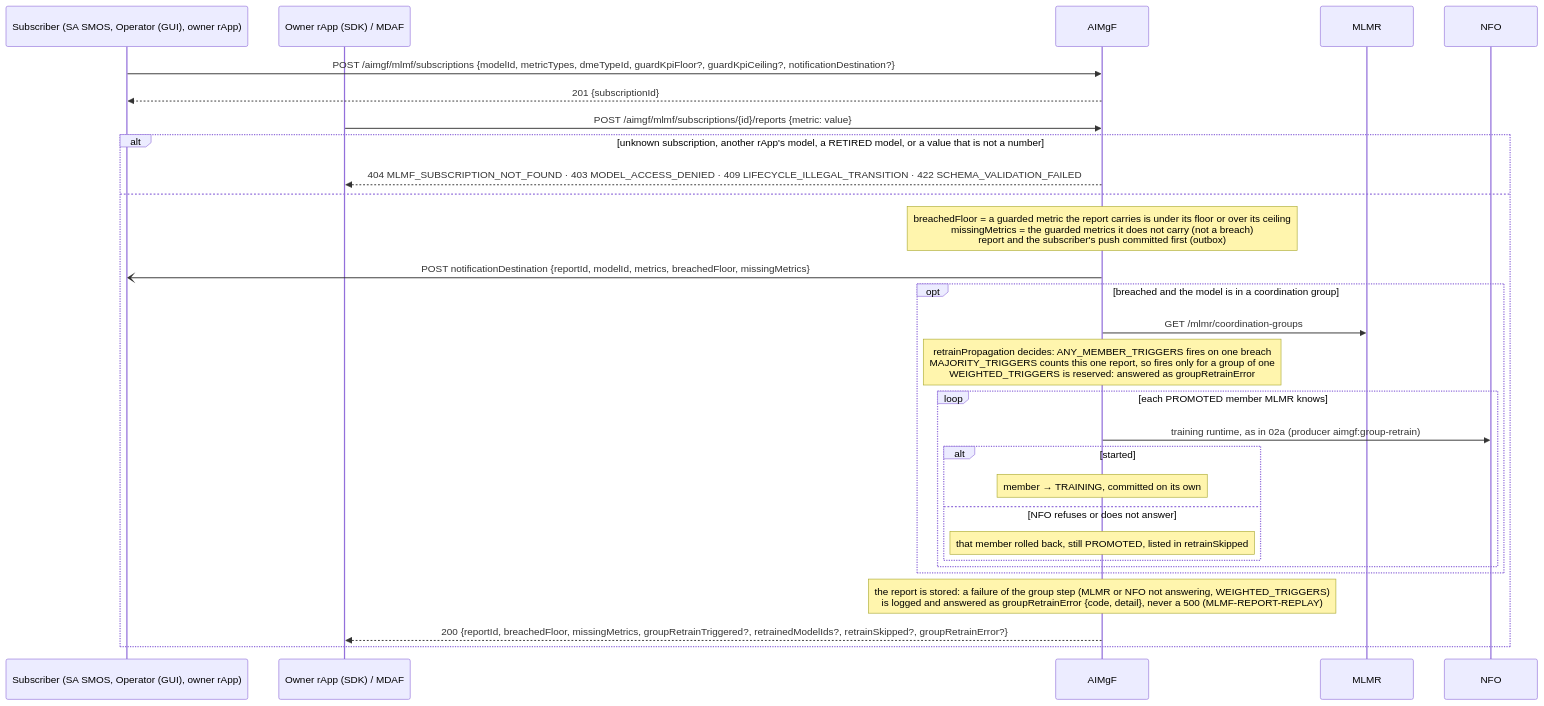
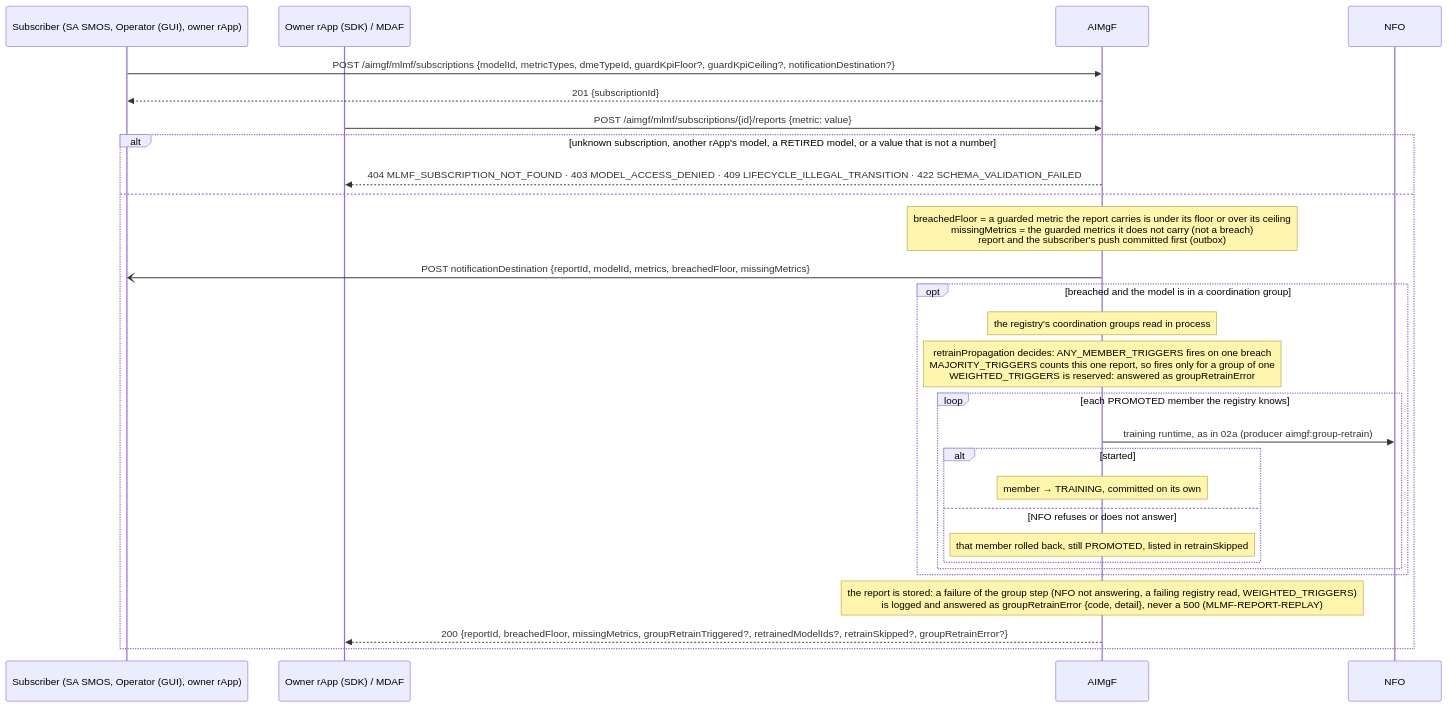
Before and after one commit to rsys-bshankar/ai-ran-smo: the seventh of 7 diagrams in smo/docs/call-flows/02-aiml-model-train-to-inference.md, drawn with Mermaid. The commit also changed other lines of this file and 265 other files, not shown here.

````diff
--- a/smo/docs/call-flows/02-aiml-model-train-to-inference.md
+++ b/smo/docs/call-flows/02-aiml-model-train-to-inference.md
@@ -264,33 +261,32 @@
 ```mermaid
 sequenceDiagram
     participant S as Subscriber (SA SMOS, Operator (GUI), owner rApp)
     participant P as Owner rApp (SDK) / MDAF
     participant AIM as AIMgF
-    participant MLMR as MLMR
     participant NFO as NFO
 
     S->>AIM: POST /aimgf/mlmf/subscriptions {modelId, metricTypes, dmeTypeId, guardKpiFloor?, guardKpiCeiling?, notificationDestination?}
     AIM-->>S: 201 {subscriptionId}
 
     P->>AIM: POST /aimgf/mlmf/subscriptions/{id}/reports {metric: value}
     alt unknown subscription, another rApp's model, a RETIRED model, or a value that is not a number
         AIM-->>P: 404 MLMF_SUBSCRIPTION_NOT_FOUND · 403 MODEL_ACCESS_DENIED · 409 LIFECYCLE_ILLEGAL_TRANSITION · 422 SCHEMA_VALIDATION_FAILED
     else
         Note over AIM: breachedFloor = a guarded metric the report carries is under its floor or over its ceiling<br/>missingMetrics = the guarded metrics it does not carry (not a breach)<br/>report and the subscriber's push committed first (outbox)
         AIM-)S: POST notificationDestination {reportId, modelId, metrics, breachedFloor, missingMetrics}
         opt breached and the model is in a coordination group
-            AIM->>MLMR: GET /mlmr/coordination-groups
+            Note over AIM: the registry's coordination groups read in process
             Note over AIM: retrainPropagation decides: ANY_MEMBER_TRIGGERS fires on one breach<br/>MAJORITY_TRIGGERS counts this one report, so fires only for a group of one<br/>WEIGHTED_TRIGGERS is reserved: answered as groupRetrainError
-            loop each PROMOTED member MLMR knows
+            loop each PROMOTED member the registry knows
                 AIM->>NFO: training runtime, as in 02a (producer aimgf:group-retrain)
                 alt started
                     Note over AIM: member → TRAINING, committed on its own
                 else NFO refuses or does not answer
                     Note over AIM: that member rolled back, still PROMOTED, listed in retrainSkipped
                 end
             end
         end
-        Note over AIM: the report is stored: a failure of the group step (MLMR or NFO not answering, WEIGHTED_TRIGGERS)<br/>is logged and answered as groupRetrainError {code, detail}, never a 500 (MLMF-REPORT-REPLAY)
+        Note over AIM: the report is stored: a failure of the group step (NFO not answering, a failing registry read, WEIGHTED_TRIGGERS)<br/>is logged and answered as groupRetrainError {code, detail}, never a 500 (MLMF-REPORT-REPLAY)
         AIM-->>P: 200 {reportId, breachedFloor, missingMetrics, groupRetrainTriggered?, retrainedModelIds?, retrainSkipped?, groupRetrainError?}
     end
 ```
````
